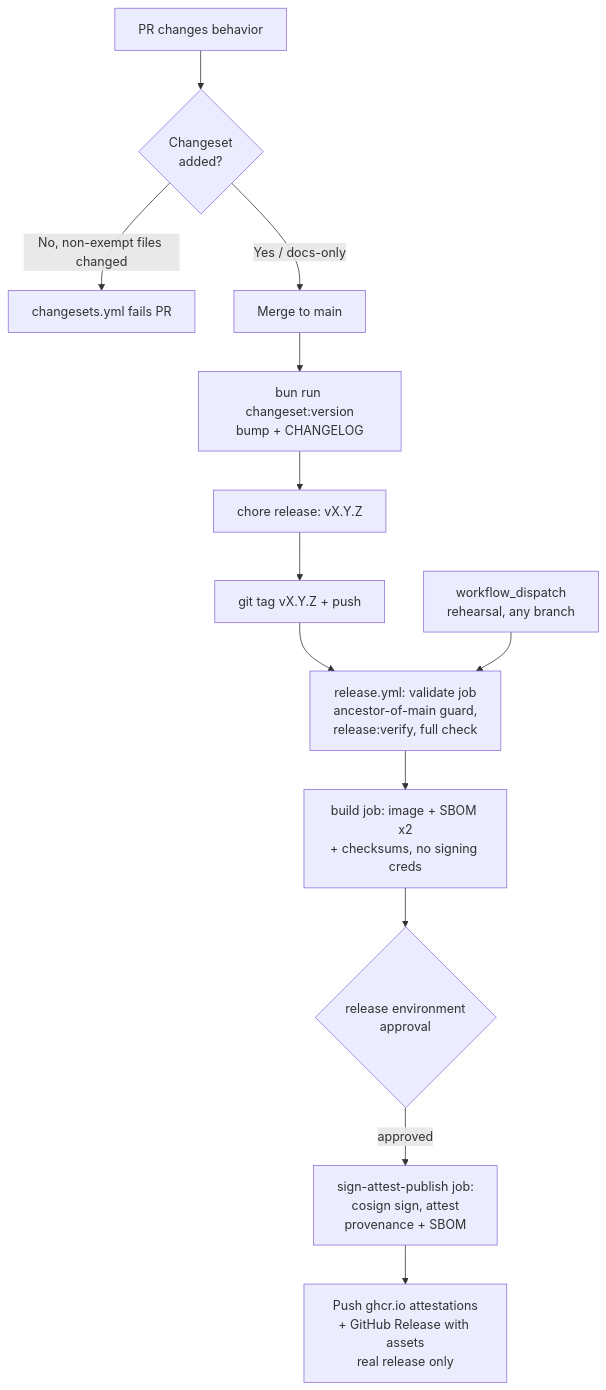
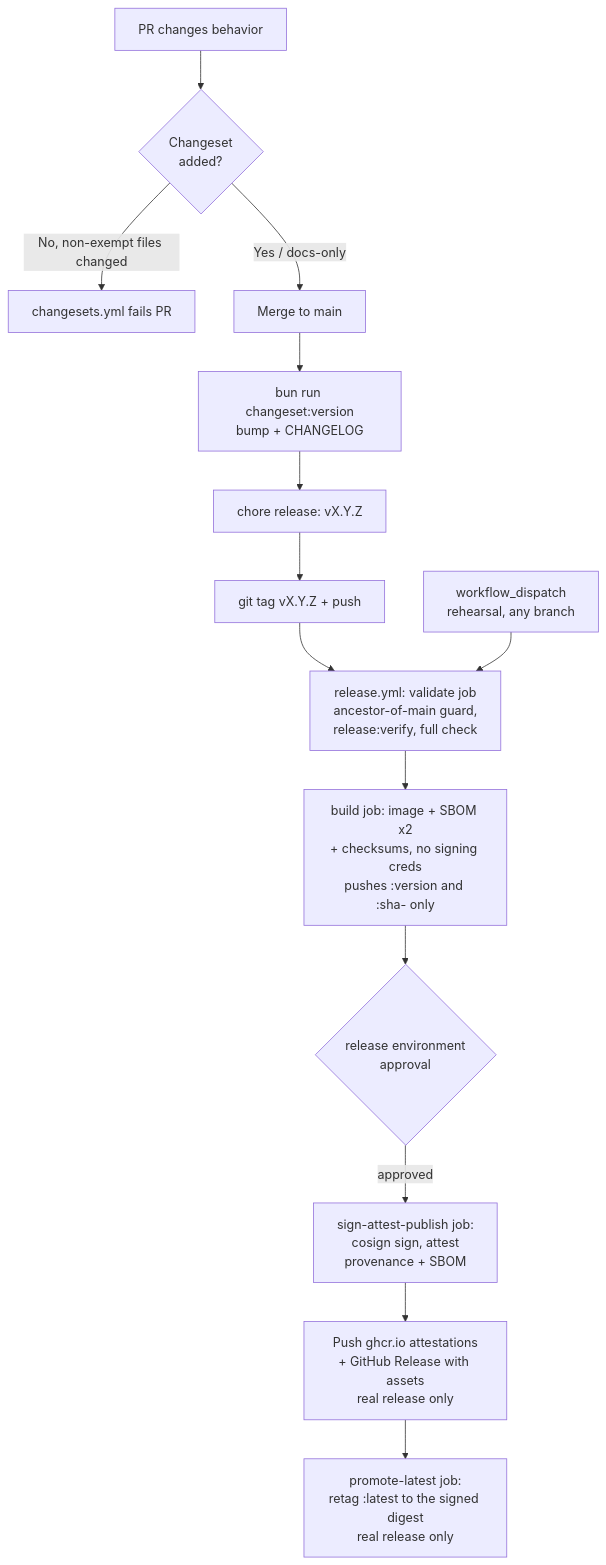
The diagram in docs/awcms/release-process.id.md (ahliweb/awcms), drawn with Mermaid before and after one commit. The commit also changed other lines of this file and 14 other files, not shown here.

````diff
--- a/docs/awcms/release-process.id.md
+++ b/docs/awcms/release-process.id.md
@@ -17,15 +17,16 @@
 ```mermaid
 flowchart TD
   PR[PR changes behavior] --> CS{Changeset<br/>added?}
   CS -- No, non-exempt files changed --> Block[changesets.yml fails PR]
   CS -- Yes / docs-only --> Merge[Merge to main]
   Merge --> Version[bun run changeset:version<br/>bump + CHANGELOG]
   Version --> Commit[chore release: vX.Y.Z]
   Commit --> Tag[git tag vX.Y.Z + push]
   Tag --> Validate[release.yml: validate job<br/>ancestor-of-main guard,<br/>release:verify, full check]
   Dispatch[workflow_dispatch<br/>rehearsal, any branch] --> Validate
-  Validate --> BuildJob[build job: image + SBOM x2<br/>+ checksums, no signing creds]
+  Validate --> BuildJob[build job: image + SBOM x2<br/>+ checksums, no signing creds<br/>pushes :version and :sha- only]
   BuildJob --> Approve{release environment<br/>approval}
   Approve -- approved --> SignJob[sign-attest-publish job:<br/>cosign sign, attest<br/>provenance + SBOM]
   SignJob --> Publish[Push ghcr.io attestations<br/>+ GitHub Release with assets<br/>real release only]
+  Publish --> Promote[promote-latest job:<br/>retag :latest to the signed digest<br/>real release only]
 ```
````
